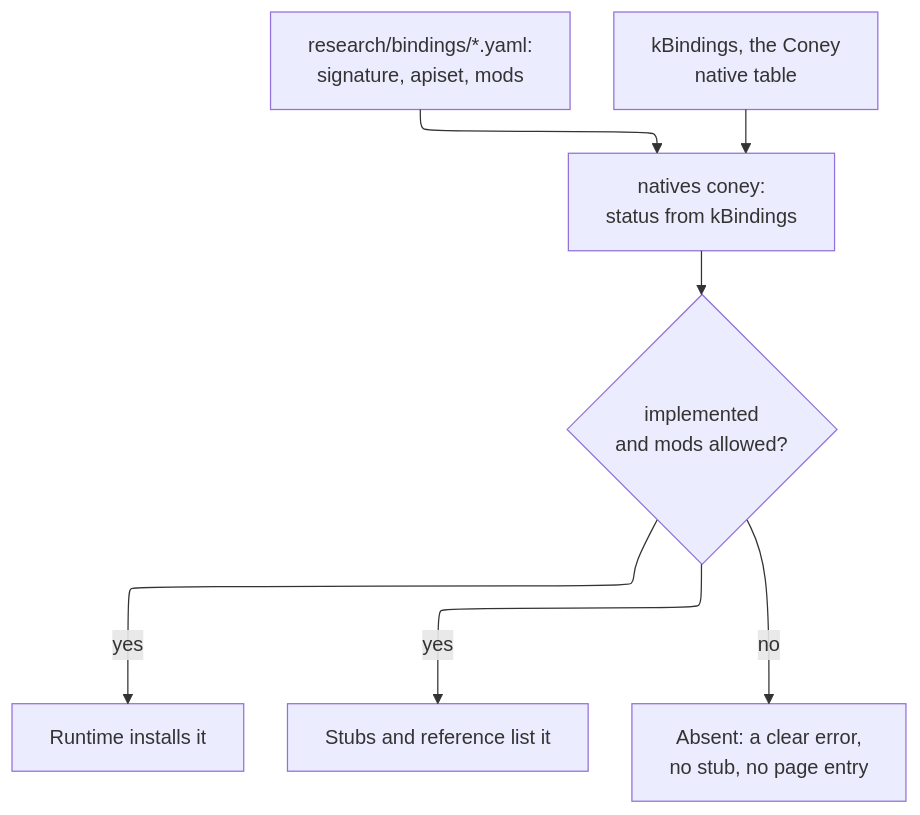
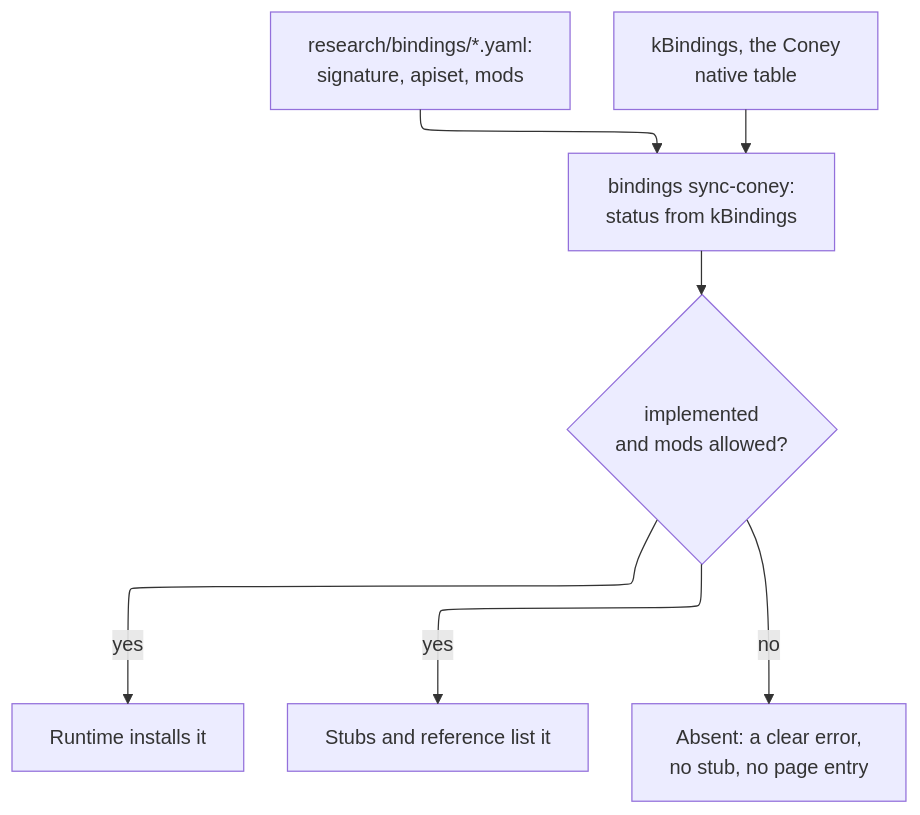
The second of 2 diagrams in docs/guides/studio/lua-sdk.md (Ryubara/coney), drawn with Mermaid before and after one commit. The commit also changed other lines of this file and 416 other files, not shown here.

````diff
--- a/docs/guides/studio/lua-sdk.md
+++ b/docs/guides/studio/lua-sdk.md
@@ -475,13 +475,13 @@
 ```mermaid
 ---
 config:
   layout: elk
 ---
 flowchart TB
-  y["research/bindings/*.yaml:<br/>signature, apiset, mods"] --> s["natives coney:<br/>status from kBindings"]
+  y["research/bindings/*.yaml:<br/>signature, apiset, mods"] --> s["bindings sync-coney:<br/>status from kBindings"]
   k["kBindings, the Coney<br/>native table"] --> s
   s --> a{"implemented<br/>and mods allowed?"}
   a -- "yes" --> r["Runtime installs it"]
   a -- "yes" --> t["Stubs and reference list it"]
   a -- "no" --> n["Absent: a clear error,<br/>no stub, no page entry"]
 ```
````
